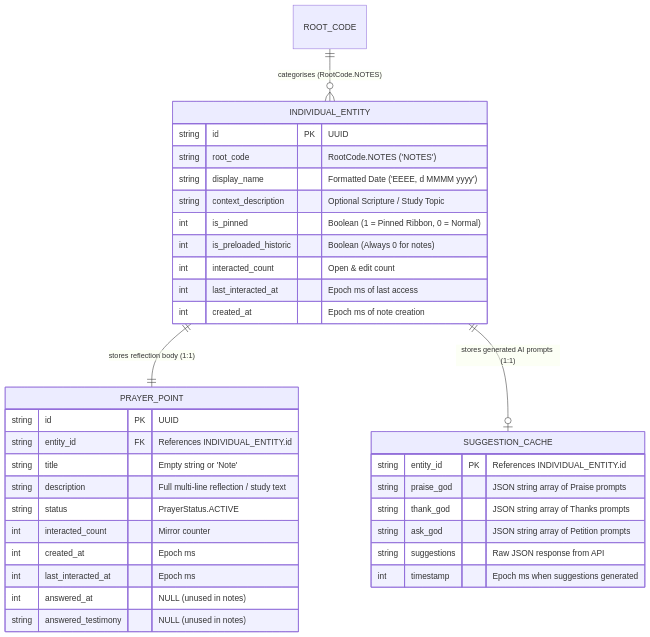
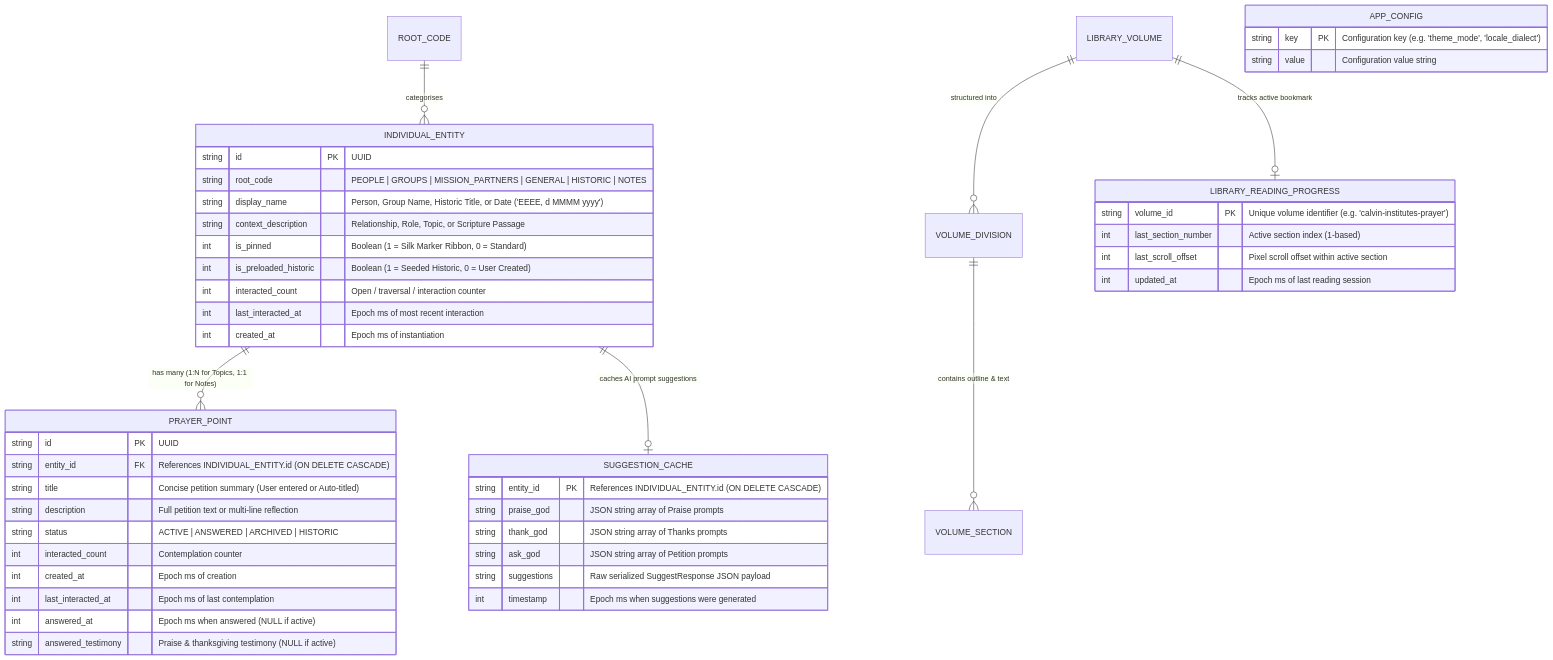
One commit to iamenianc/Prayer changed the first of 4 diagrams in planning/notes_data_architecture.md. Above: the diagram before and after it, drawn with Mermaid. The commit also changed other lines of this file and 4 other files, not shown here.

Commit message:
docs(planning): expand notes_data_architecture to unified specification for points, books, and notes

````diff
--- a/planning/notes_data_architecture.md
+++ b/planning/notes_data_architecture.md
@@ -16,40 +30,55 @@
 ```mermaid
 erDiagram
-    ROOT_CODE ||--o{ INDIVIDUAL_ENTITY : "categorises (RootCode.NOTES)"
-    INDIVIDUAL_ENTITY ||--|| PRAYER_POINT : "stores reflection body (1:1)"
-    INDIVIDUAL_ENTITY ||--o| SUGGESTION_CACHE : "stores generated AI prompts (1:1)"
+    ROOT_CODE ||--o{ INDIVIDUAL_ENTITY : "categorises"
+    INDIVIDUAL_ENTITY ||--o{ PRAYER_POINT : "has many (1:N for Topics, 1:1 for Notes)"
+    INDIVIDUAL_ENTITY ||--o| SUGGESTION_CACHE : "caches AI prompt suggestions"
+    LIBRARY_VOLUME ||--o{ VOLUME_DIVISION : "structured into"
+    VOLUME_DIVISION ||--o{ VOLUME_SECTION : "contains outline & text"
+    LIBRARY_VOLUME ||--o| LIBRARY_READING_PROGRESS : "tracks active bookmark"
 
     INDIVIDUAL_ENTITY {
         string id PK "UUID"
-        string root_code "RootCode.NOTES ('NOTES')"
-        string display_name "Formatted Date ('EEEE, d MMMM yyyy')"
-        string context_description "Optional Scripture / Study Topic"
-        int is_pinned "Boolean (1 = Pinned Ribbon, 0 = Normal)"
-        int is_preloaded_historic "Boolean (Always 0 for notes)"
-        int interacted_count "Open & edit count"
-        int last_interacted_at "Epoch ms of last access"
-        int created_at "Epoch ms of note creation"
+        string root_code "PEOPLE | GROUPS | MISSION_PARTNERS | GENERAL | HISTORIC | NOTES"
+        string display_name "Person, Group Name, Historic Title, or Date ('EEEE, d MMMM yyyy')"
+        string context_description "Relationship, Role, Topic, or Scripture Passage"
+        int is_pinned "Boolean (1 = Silk Marker Ribbon, 0 = Standard)"
+        int is_preloaded_historic "Boolean (1 = Seeded Historic, 0 = User Created)"
+        int interacted_count "Open / traversal / interaction counter"
+        int last_interacted_at "Epoch ms of most recent interaction"
+        int created_at "Epoch ms of instantiation"
     }
 
     PRAYER_POINT {
         string id PK "UUID"
-        string entity_id FK "References INDIVIDUAL_ENTITY.id"
-        string title "Empty string or 'Note'"
-        string description "Full multi-line reflection / study text"
-        string status "PrayerStatus.ACTIVE"
-        int interacted_count "Mirror counter"
-        int created_at "Epoch ms"
-        int last_interacted_at "Epoch ms"
-        int answered_at "NULL (unused in notes)"
-        string answered_testimony "NULL (unused in notes)"
+        string entity_id FK "References INDIVIDUAL_ENTITY.id (ON DELETE CASCADE)"
+        string title "Concise petition summary (User entered or Auto-titled)"
+        string description "Full petition text or multi-line reflection"
+        string status "ACTIVE | ANSWERED | ARCHIVED | HISTORIC"
+        int interacted_count "Contemplation counter"
+        int created_at "Epoch ms of creation"
+        int last_interacted_at "Epoch ms of last contemplation"
+        int answered_at "Epoch ms when answered (NULL if active)"
+        string answered_testimony "Praise & thanksgiving testimony (NULL if active)"
+    }
+
+    LIBRARY_READING_PROGRESS {
+        string volume_id PK "Unique volume identifier (e.g. 'calvin-institutes-prayer')"
+        int last_section_number "Active section index (1-based)"
+        int last_scroll_offset "Pixel scroll offset within active section"
+        int updated_at "Epoch ms of last reading session"
     }
 
     SUGGESTION_CACHE {
-        string entity_id PK "References INDIVIDUAL_ENTITY.id"
+        string entity_id PK "References INDIVIDUAL_ENTITY.id (ON DELETE CASCADE)"
         string praise_god "JSON string array of Praise prompts"
         string thank_god "JSON string array of Thanks prompts"
         string ask_god "JSON string array of Petition prompts"
-        string suggestions "Raw JSON response from API"
-        int timestamp "Epoch ms when suggestions generated"
+        string suggestions "Raw serialized SuggestResponse JSON payload"
+        int timestamp "Epoch ms when suggestions were generated"
+    }
+
+    APP_CONFIG {
+        string key PK "Configuration key (e.g. 'theme_mode', 'locale_dialect')"
+        string value "Configuration value string"
     }
 ```
````
